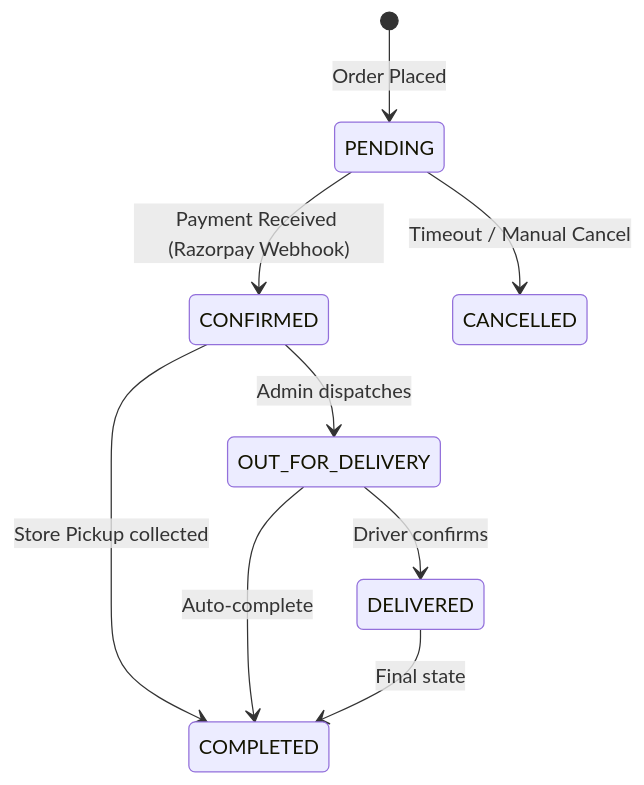
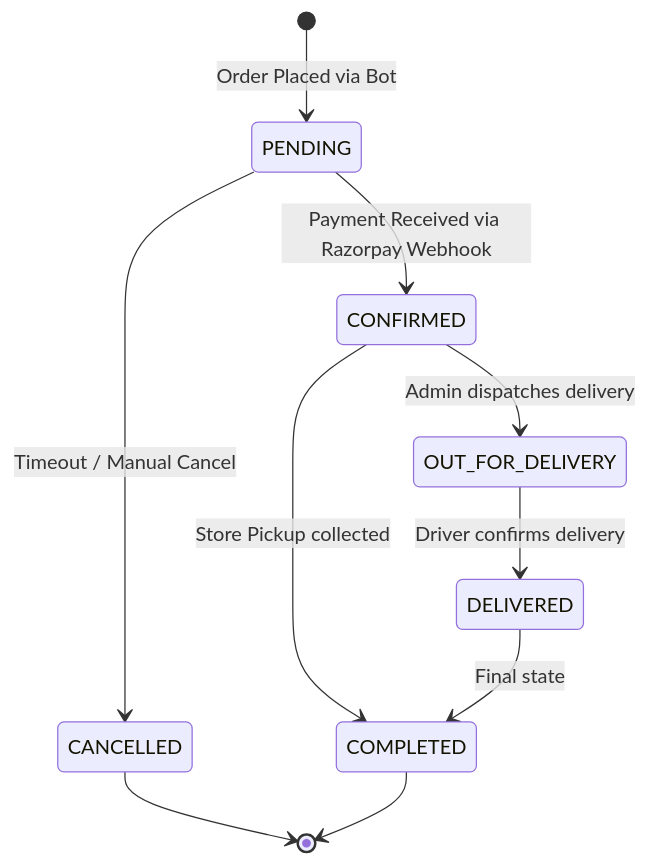
The second of 3 diagrams in docs/whatsapp-bot/state-machine.md (SoumyaAmminabhavi/Sonnas), drawn with Mermaid before and after one commit. The commit also changed other lines of this file and 3 other files, not shown here.

````diff
--- a/docs/whatsapp-bot/state-machine.md
+++ b/docs/whatsapp-bot/state-machine.md
@@ -102,11 +125,12 @@
 ```mermaid
 stateDiagram-v2
-    [*] --> PENDING: Order Placed
-    PENDING --> CONFIRMED: Payment Received (Razorpay Webhook)
+    [*] --> PENDING: Order Placed via Bot
+    PENDING --> CONFIRMED: Payment Received via Razorpay Webhook
     PENDING --> CANCELLED: Timeout / Manual Cancel
-    CONFIRMED --> OUT_FOR_DELIVERY: Admin dispatches
+    CONFIRMED --> OUT_FOR_DELIVERY: Admin dispatches delivery
     CONFIRMED --> COMPLETED: Store Pickup collected
-    OUT_FOR_DELIVERY --> DELIVERED: Driver confirms
-    OUT_FOR_DELIVERY --> COMPLETED: Auto-complete
+    OUT_FOR_DELIVERY --> DELIVERED: Driver confirms delivery
     DELIVERED --> COMPLETED: Final state
+    CANCELLED --> [*]
+    COMPLETED --> [*]
 ```
````
